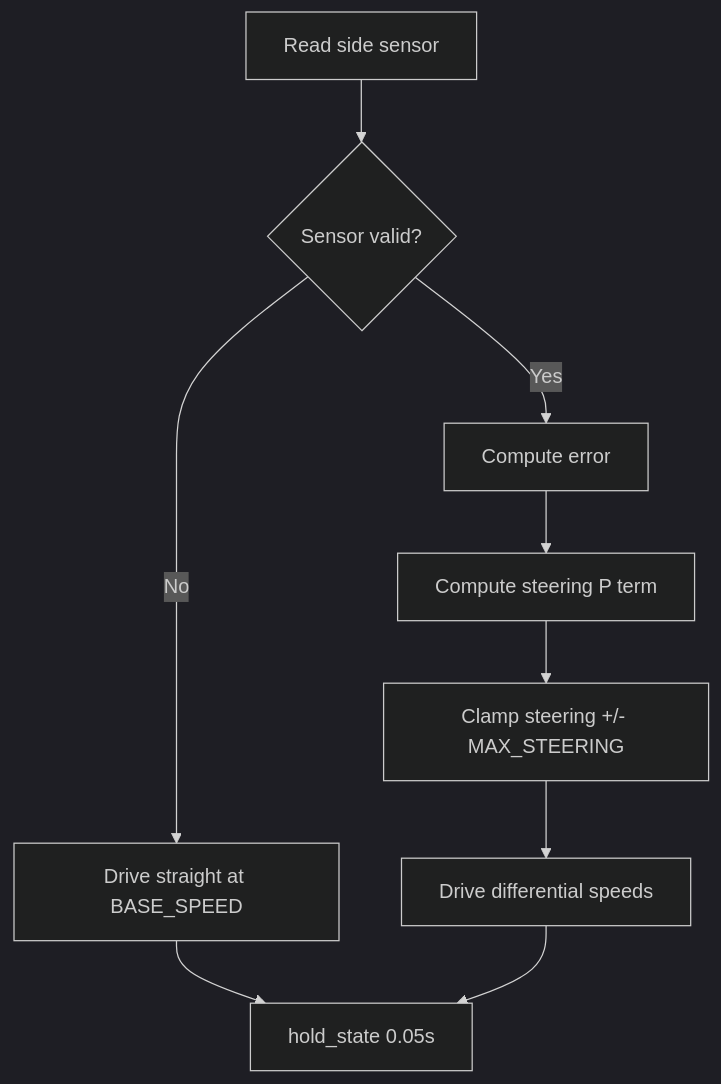
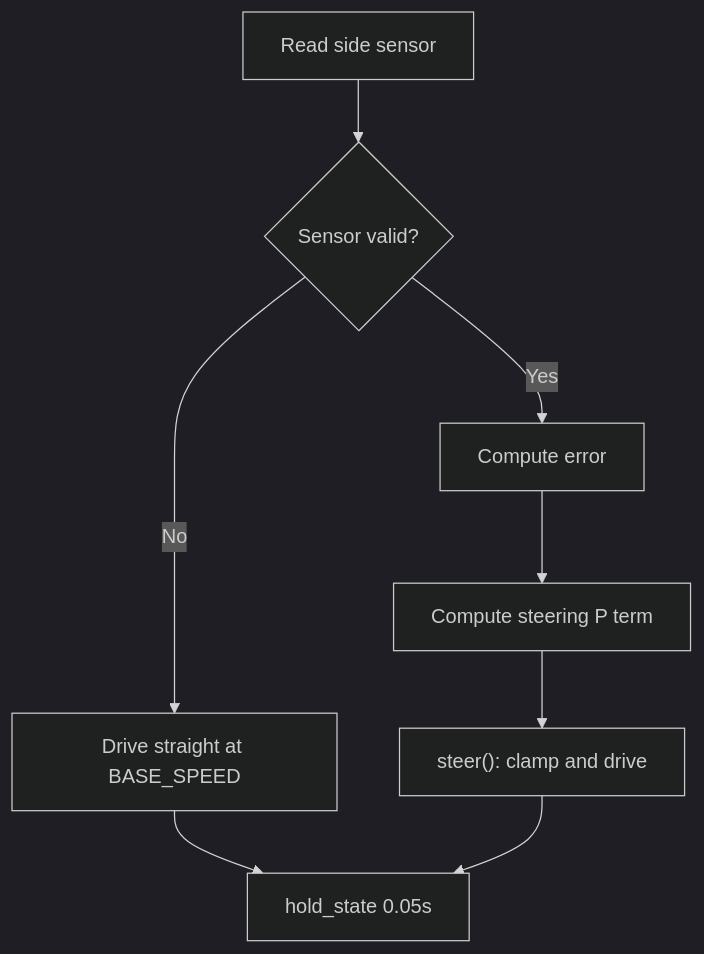
The diagram in docs/Challenge_1.md (TempeHS/RP2040_Competition_Robot), drawn with Mermaid (dark theme) before and after one commit. The commit also changed other lines of this file and 22 other files, not shown here.

````diff
--- a/docs/Challenge_1.md
+++ b/docs/Challenge_1.md
@@ -49,11 +49,10 @@
 ```mermaid
 flowchart TD
     A[Read side sensor] --> B{Sensor valid?}
     B -- No --> C[Drive straight at BASE_SPEED]
     C --> H[hold_state 0.05s]
     B -- Yes --> D[Compute error]
     D --> E[Compute steering P term]
-    E --> F[Clamp steering +/- MAX_STEERING]
-    F --> G[Drive differential speeds]
-    G --> H
+    E --> F["steer(): clamp and drive"]
+    F --> H
 ```
````
